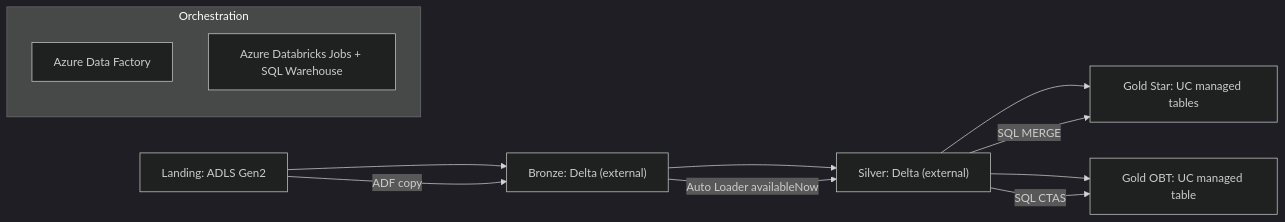
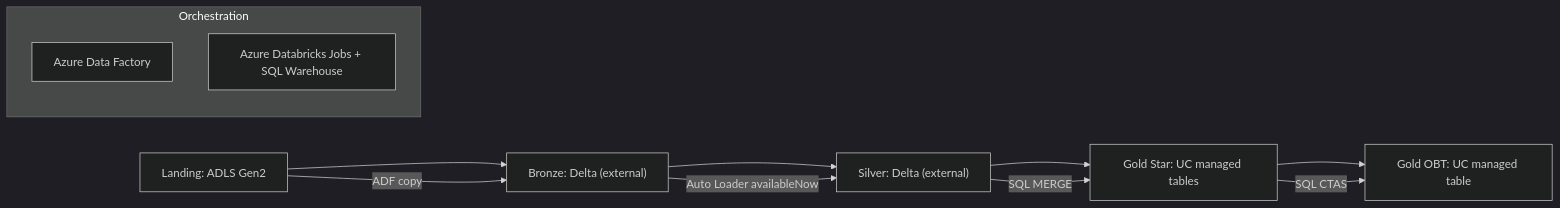
The diagram in README.md (grv-keshri/retail-analytics-lakehouse), drawn with Mermaid (dark theme) before and after one commit.

Commit message:
Stage 2 (partial): Added UC-centric README, storage layout, and architecture docs

````diff
--- a/README.md
+++ b/README.md
@@ -17,18 +17,18 @@
 ```mermaid
 flowchart LR
   A["Landing: ADLS Gen2"] --> B["Bronze: Delta (external)"]
   B --> C["Silver: Delta (external)"]
   C --> D["Gold Star: UC managed tables"]
-  C --> E["Gold OBT: UC managed table"]
+  D --> E["Gold OBT: UC managed table"]
 
   subgraph Orchestration
     ADF["Azure Data Factory"]
     DBX["Azure Databricks Jobs + SQL Warehouse"]
   end
 
   A -- "ADF copy" --> B
   B -- "Auto Loader availableNow" --> C
   C -- "SQL MERGE" --> D
-  C -- "SQL CTAS" --> E
+  D -- "SQL CTAS" --> E
 
 ```
````
